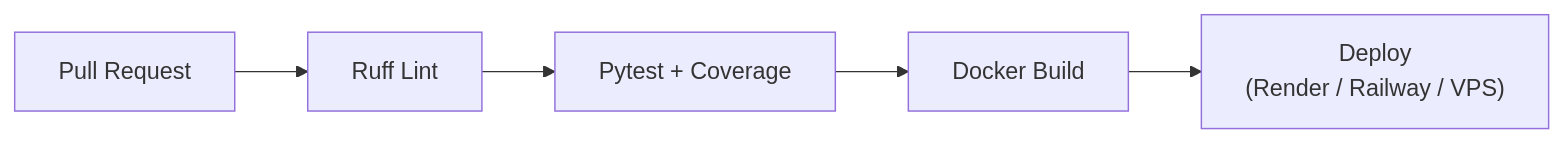
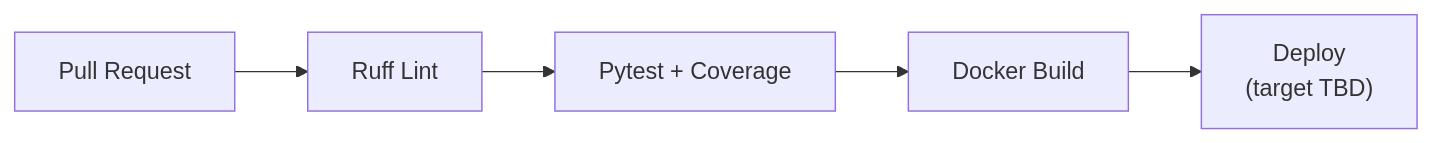
One commit to yogesh-kumar-sharma/campus-os-erp changed the third of 3 diagrams in README.md. Above: the diagram before and after it, drawn with Mermaid. The commit also changed other lines of this file, not shown here.

````diff
--- a/README.md
+++ b/README.md
@@ -516,4 +548,4 @@
 ```mermaid
 flowchart LR
-    PR["Pull Request"] --> Lint["Ruff Lint"] --> Test["Pytest + Coverage"] --> Build["Docker Build"] --> Deploy["Deploy<br/>(Render / Railway / VPS)"]
+    PR["Pull Request"] --> Lint["Ruff Lint"] --> Test["Pytest + Coverage"] --> Build["Docker Build"] --> Deploy["Deploy<br/>(target TBD)"]
 ```
````
